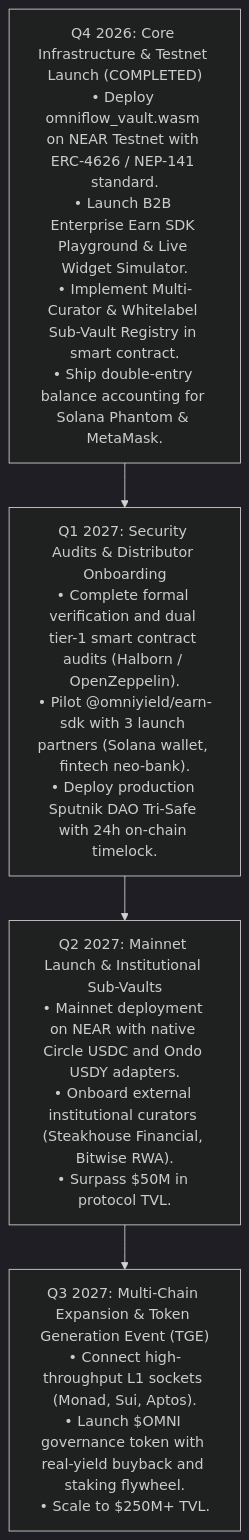
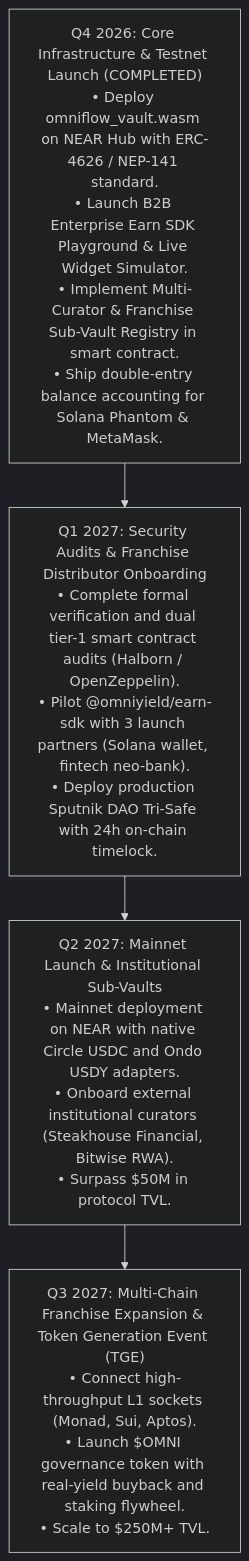
The fourth of 4 diagrams in docs/INSTITUTIONAL_PITCH_DECK.md (GOSUN-CAPITAL/omniyield-protocol), drawn with Mermaid (dark theme) before and after one commit. The commit also changed other lines of this file and 8 other files, not shown here.

Commit message:
docs: establish proprietary+B2B positioning, NEAR hub franchise topology, and remove external branding

````diff
--- a/docs/INSTITUTIONAL_PITCH_DECK.md
+++ b/docs/INSTITUTIONAL_PITCH_DECK.md
@@ -174,12 +179,12 @@
 ```mermaid
 flowchart TD
-    Q4_2026["Q4 2026: Core Infrastructure & Testnet Launch (COMPLETED)<br/>• Deploy omniflow_vault.wasm on NEAR Testnet with ERC-4626 / NEP-141 standard.<br/>• Launch B2B Enterprise Earn SDK Playground & Live Widget Simulator.<br/>• Implement Multi-Curator & Whitelabel Sub-Vault Registry in smart contract.<br/>• Ship double-entry balance accounting for Solana Phantom & MetaMask."]
+    Q4_2026["Q4 2026: Core Infrastructure & Testnet Launch (COMPLETED)<br/>• Deploy omniflow_vault.wasm on NEAR Hub with ERC-4626 / NEP-141 standard.<br/>• Launch B2B Enterprise Earn SDK Playground & Live Widget Simulator.<br/>• Implement Multi-Curator & Franchise Sub-Vault Registry in smart contract.<br/>• Ship double-entry balance accounting for Solana Phantom & MetaMask."]
     
-    Q1_2027["Q1 2027: Security Audits & Distributor Onboarding<br/>• Complete formal verification and dual tier-1 smart contract audits (Halborn / OpenZeppelin).<br/>• Pilot @omniyield/earn-sdk with 3 launch partners (Solana wallet, fintech neo-bank).<br/>• Deploy production Sputnik DAO Tri-Safe with 24h on-chain timelock."]
+    Q1_2027["Q1 2027: Security Audits & Franchise Distributor Onboarding<br/>• Complete formal verification and dual tier-1 smart contract audits (Halborn / OpenZeppelin).<br/>• Pilot @omniyield/earn-sdk with 3 launch partners (Solana wallet, fintech neo-bank).<br/>• Deploy production Sputnik DAO Tri-Safe with 24h on-chain timelock."]
     
     Q2_2027["Q2 2027: Mainnet Launch & Institutional Sub-Vaults<br/>• Mainnet deployment on NEAR with native Circle USDC and Ondo USDY adapters.<br/>• Onboard external institutional curators (Steakhouse Financial, Bitwise RWA).<br/>• Surpass $50M in protocol TVL."]
     
-    Q3_2027["Q3 2027: Multi-Chain Expansion & Token Generation Event (TGE)<br/>• Connect high-throughput L1 sockets (Monad, Sui, Aptos).<br/>• Launch $OMNI governance token with real-yield buyback and staking flywheel.<br/>• Scale to $250M+ TVL."]
+    Q3_2027["Q3 2027: Multi-Chain Franchise Expansion & Token Generation Event (TGE)<br/>• Connect high-throughput L1 sockets (Monad, Sui, Aptos).<br/>• Launch $OMNI governance token with real-yield buyback and staking flywheel.<br/>• Scale to $250M+ TVL."]
 
     Q4_2026 --> Q1_2027 --> Q2_2027 --> Q3_2027
 ```
````
